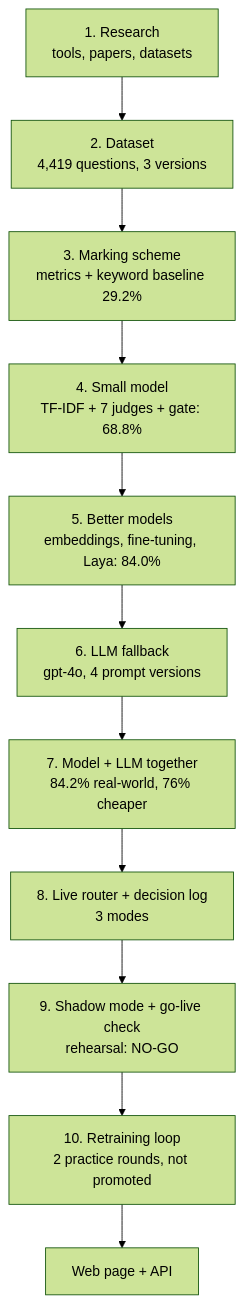
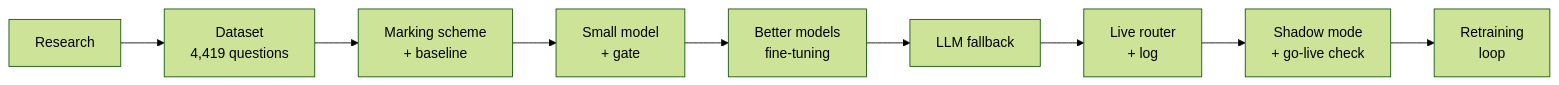
The second of 7 diagrams in README.md (saramamatha19/AetherionPrism), drawn with Mermaid (forest theme) before and after one commit. The commit also changed other lines of this file and 1 other file, not shown here.

Commit message:
Updated Readme; cleaner DATASET.md

````diff
--- a/README.md
+++ b/README.md
@@ -113,13 +42,4 @@
 ```mermaid
-flowchart TD
-    S1["1. Research<br/>tools, papers, datasets"] --> S2["2. Dataset<br/>4,419 questions, 3 versions"]
-    S2 --> S3["3. Marking scheme<br/>metrics + keyword baseline 29.2%"]
-    S3 --> S4["4. Small model<br/>TF-IDF + 7 judges + gate: 68.8%"]
-    S4 --> S5["5. Better models<br/>embeddings, fine-tuning, Laya: 84.0%"]
-    S5 --> S6["6. LLM fallback<br/>gpt-4o, 4 prompt versions"]
-    S6 --> S7["7. Model + LLM together<br/>84.2% real-world, 76% cheaper"]
-    S7 --> S8["8. Live router + decision log<br/>3 modes"]
-    S8 --> S9["9. Shadow mode + go-live check<br/>rehearsal: NO-GO"]
-    S9 --> S10["10. Retraining loop<br/>2 practice rounds, not promoted"]
-    S10 --> S11["Web page + API"]
+flowchart LR
+    R["Research"] --> D["Dataset<br/>4,419 questions"] --> E["Marking scheme<br/>+ baseline"] --> S["Small model<br/>+ gate"] --> B["Better models<br/>fine-tuning"] --> L["LLM fallback"] --> RT["Live router<br/>+ log"] --> SH["Shadow mode<br/>+ go-live check"] --> RE["Retraining<br/>loop"]
 ```
````
